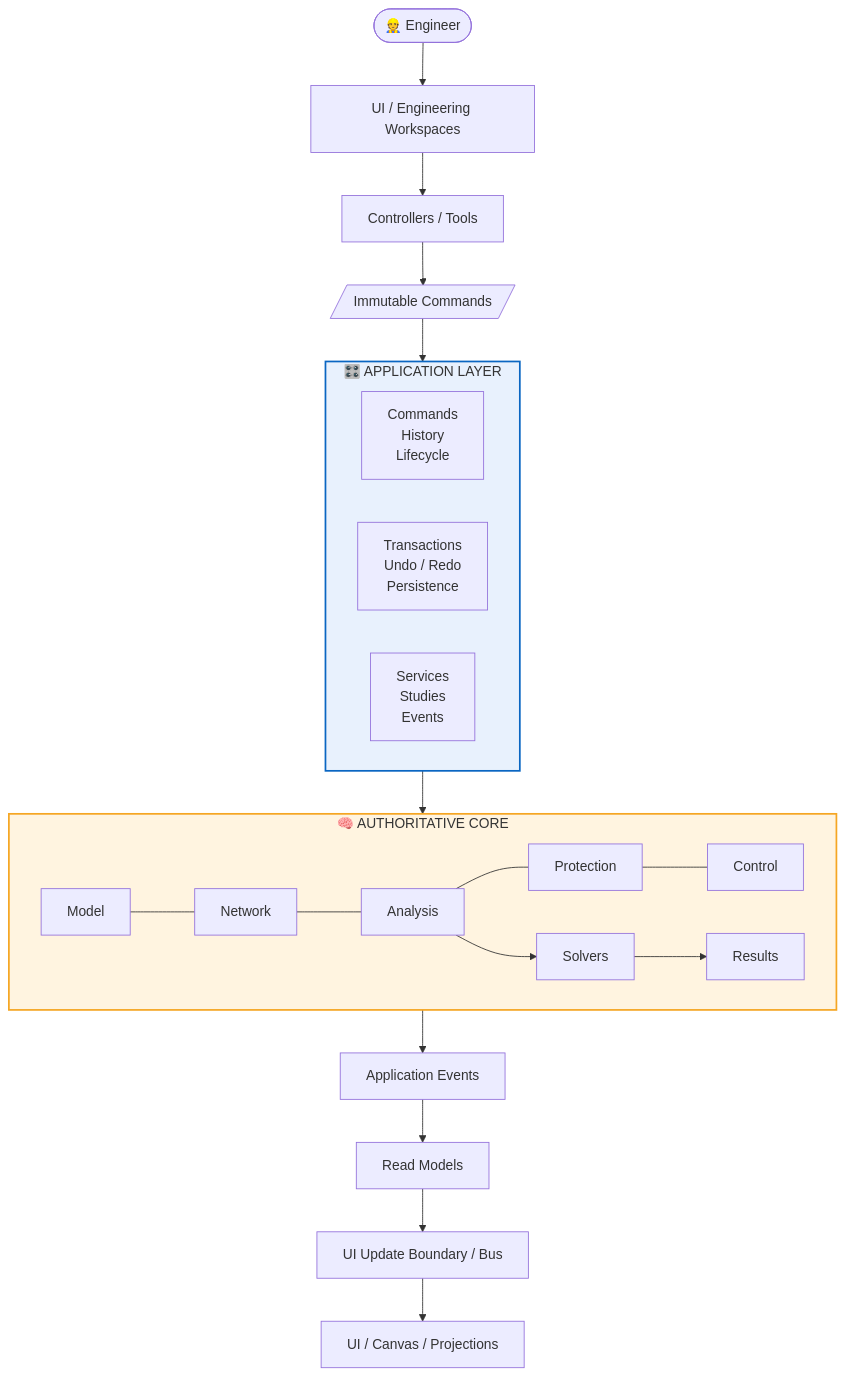
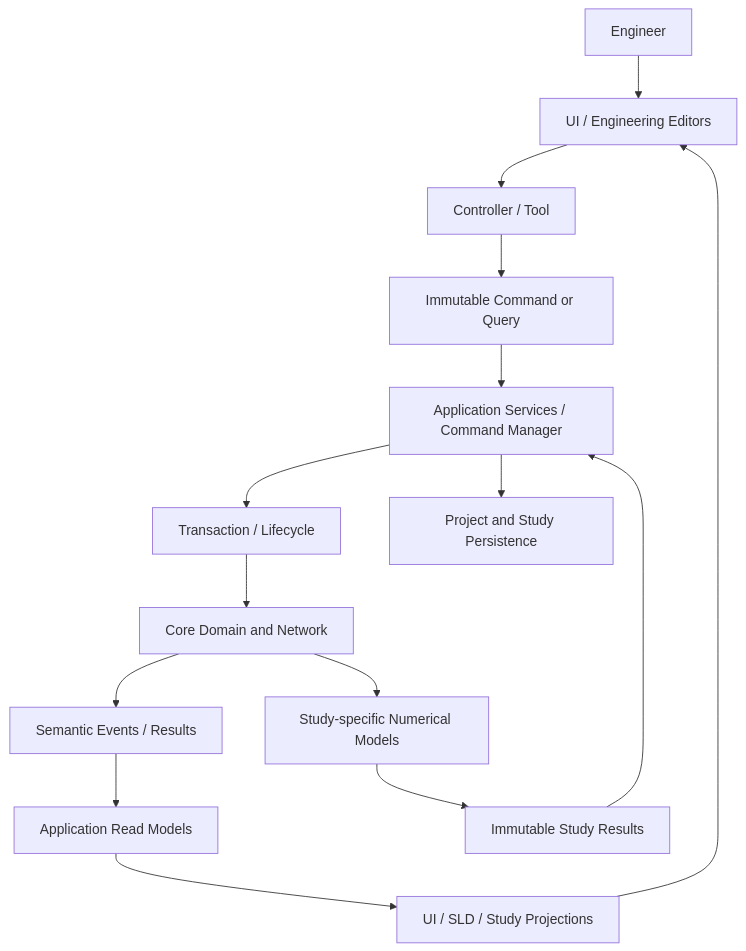
One commit to SubhenduMishra29/GridForge changed the diagram in README.md. Above: the diagram before and after it, drawn with Mermaid. The commit also changed other lines of this file, not shown here.

````diff
--- a/README.md
+++ b/README.md
@@ -60,30 +34,17 @@
 ```mermaid
 flowchart TD
-    U([👷 Engineer]) --> UI[UI / Engineering Workspaces]
-    UI --> CT[Controllers / Tools]
-    CT --> CMD[/Immutable Commands/]
-    CMD --> APP
-
-    subgraph APP [" 🎛️ APPLICATION LAYER "]
-        direction LR
-        A1[Commands<br/>History<br/>Lifecycle]
-        A2[Transactions<br/>Undo / Redo<br/>Persistence]
-        A3[Services<br/>Studies<br/>Events]
-    end
-
-    APP --> CORE
-
-    subgraph CORE [" 🧠 AUTHORITATIVE CORE "]
-        direction LR
-        C1[Model] --- C2[Network] --- C3[Analysis] --- C4[Protection] --- C5[Control]
-        C3 --> SOL[Solvers] --> RES[Results]
-    end
-
-    CORE --> EV[Application Events]
-    EV --> RM[Read Models]
-    RM --> BUS[UI Update Boundary / Bus]
-    BUS --> PROJ[UI / Canvas / Projections]
-
-    style APP fill:#e8f1fd,stroke:#0A66C2,stroke-width:2px
-    style CORE fill:#fff4e0,stroke:#F5A623,stroke-width:2px
+    E[Engineer] --> UI[UI / Engineering Editors]
+    UI --> CT[Controller / Tool]
+    CT --> CMD[Immutable Command or Query]
+    CMD --> APP[Application Services / Command Manager]
+    APP --> TX[Transaction / Lifecycle]
+    TX --> CORE[Core Domain and Network]
+    CORE --> EV[Semantic Events / Results]
+    EV --> RM[Application Read Models]
+    RM --> PROJ[UI / SLD / Study Projections]
+    PROJ --> UI
+    APP --> PERSIST[Project and Study Persistence]
+    CORE --> SOLVER[Study-specific Numerical Models]
+    SOLVER --> RESULTS[Immutable Study Results]
+    RESULTS --> APP
 ```
````
